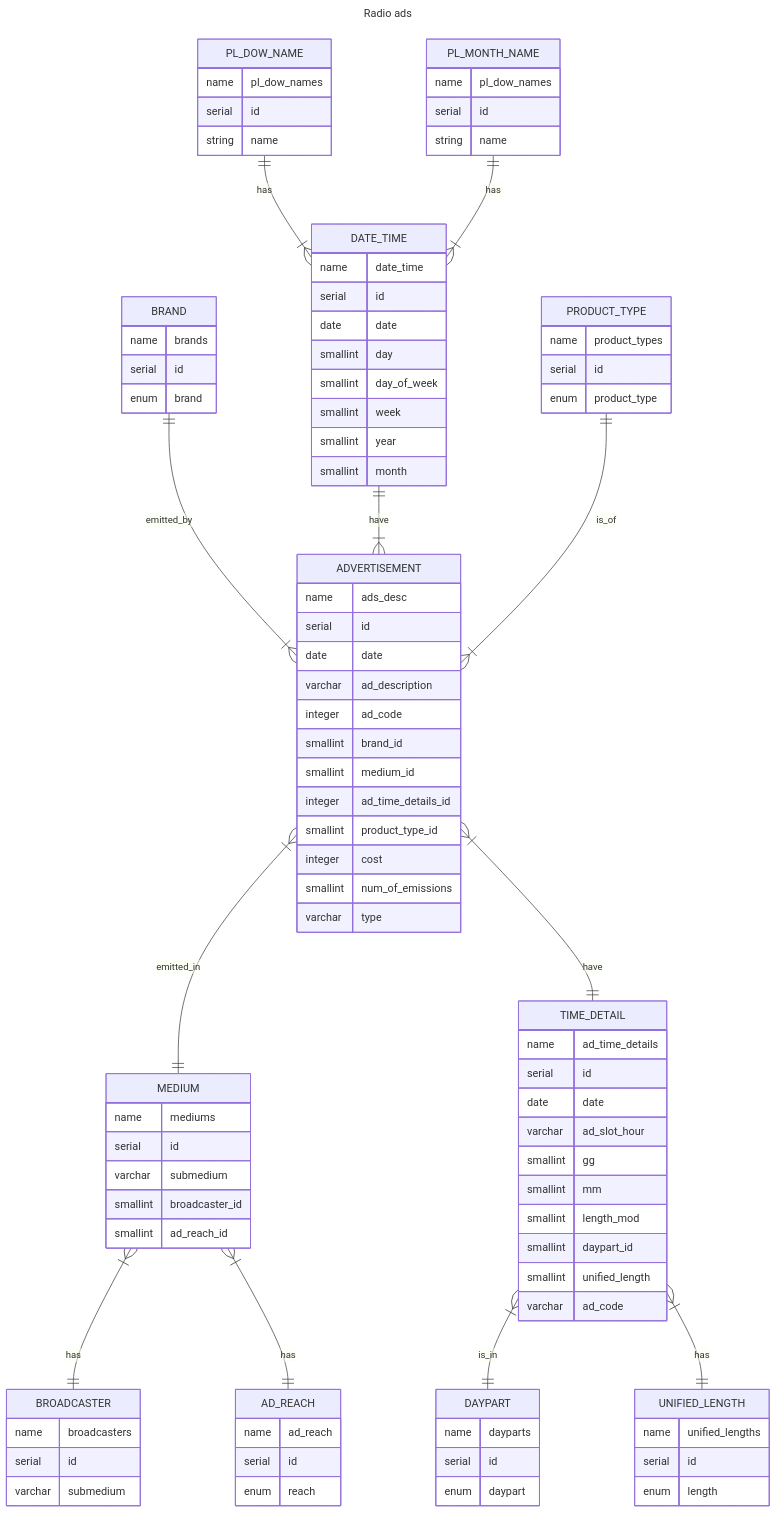
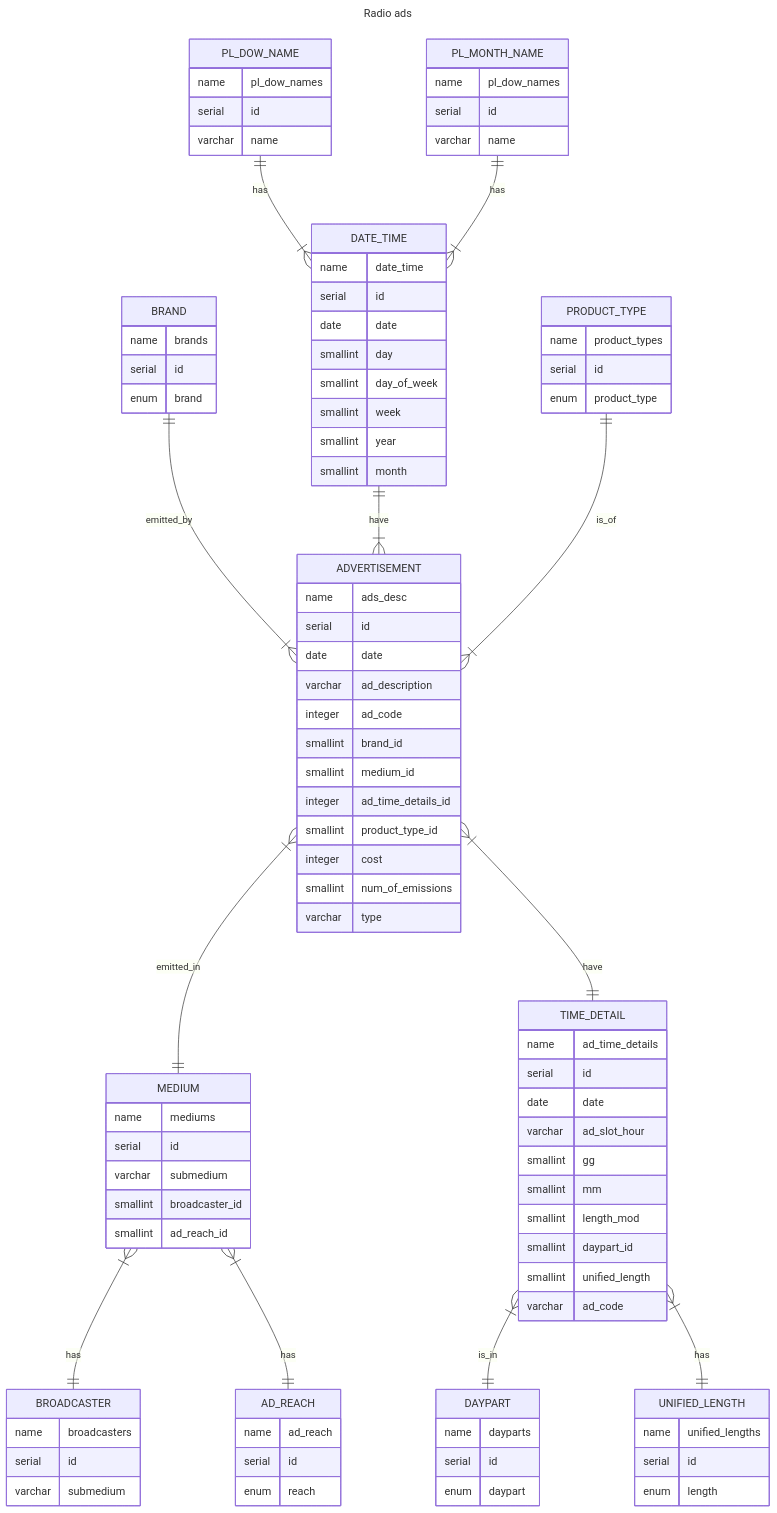
The diagram in DESIGN.md (MrSz-84/cs50sql_fin), drawn with Mermaid before and after one commit.

Commit message:
Some ER code changes

```diff
--- a/DESIGN.md
+++ b/DESIGN.md
@@ -60,12 +60,12 @@
     PL_DOW_NAME {
     name     pl_dow_names
     serial   id
-    string   name
+    varchar  name
     }
     PL_MONTH_NAME {
     name     pl_dow_names
     serial   id
-    string   name
+    varchar  name
     }
     DATE_TIME{
     name     date_time
```
